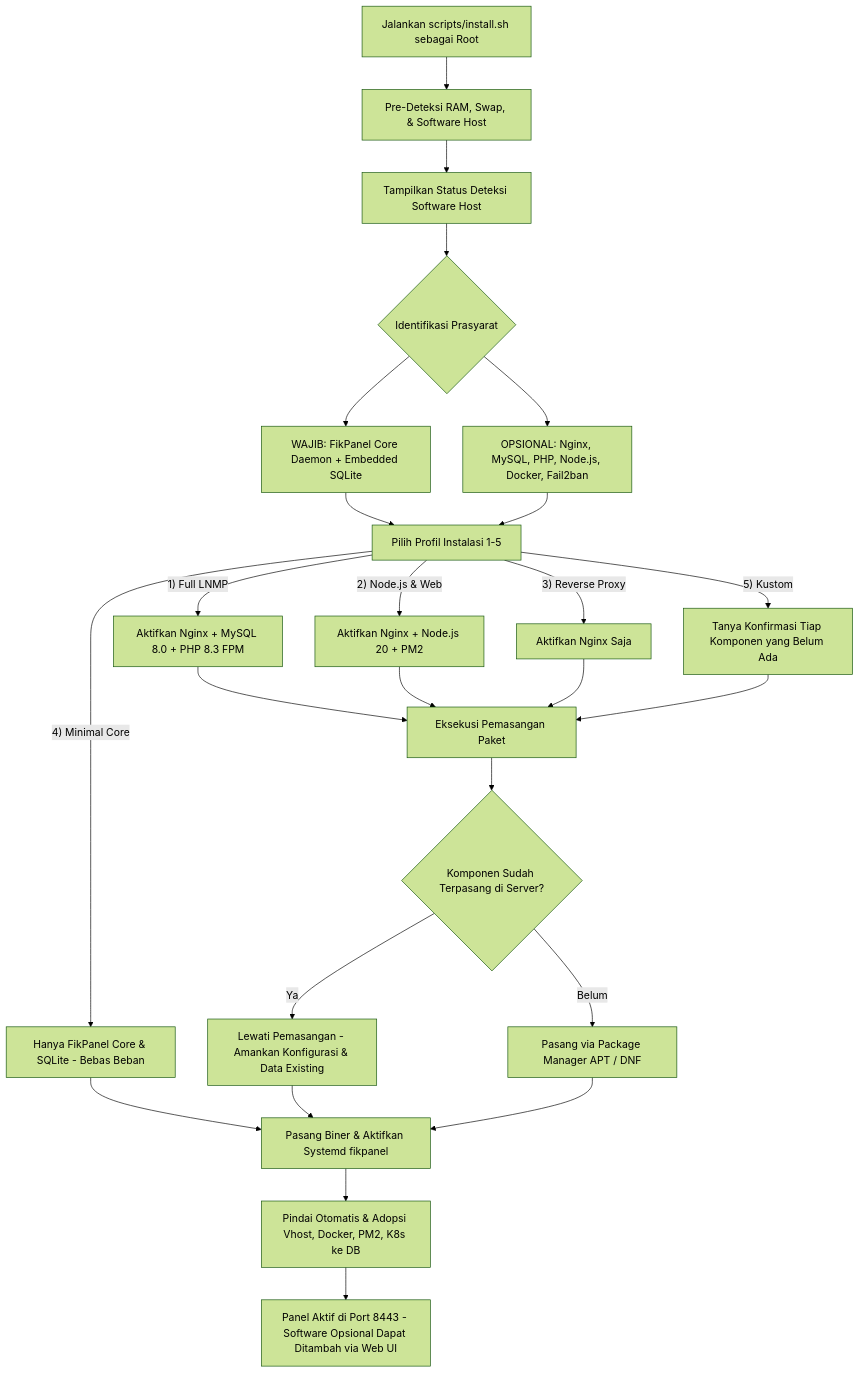
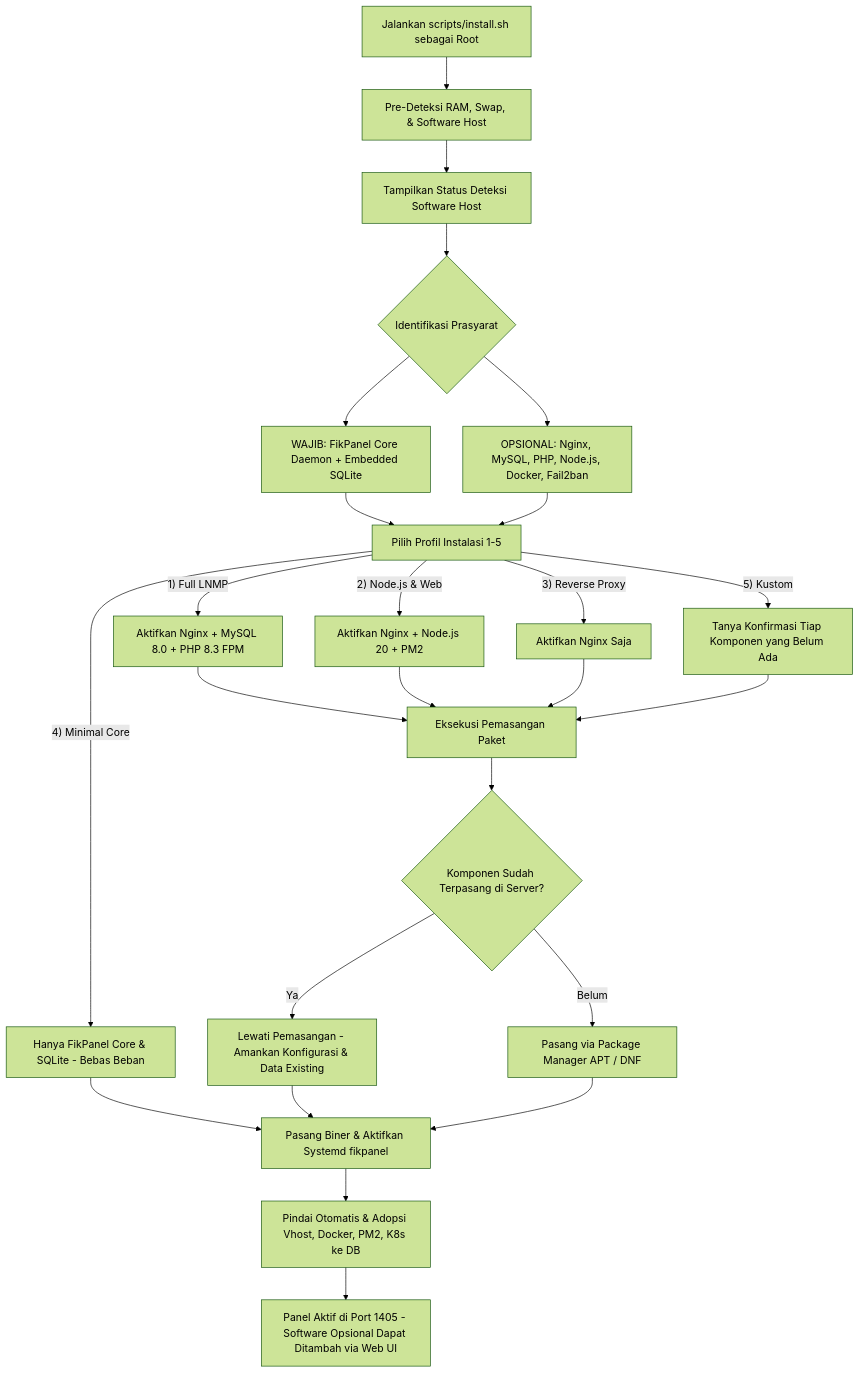
Before and after one commit to FikFikk/fikpanel: the seventh of 7 diagrams in documentation.md, drawn with Mermaid (forest theme). The commit also changed 7 other files, not shown here.

Commit message:
feat(config): change default panel port to 1405 and display private IP access

````diff
--- a/documentation.md
+++ b/documentation.md
@@ -181,33 +181,33 @@
 ```mermaid
 flowchart TD
     RunInstall[Jalankan scripts/install.sh sebagai Root] --> PreCheck[Pre-Deteksi RAM, Swap, & Software Host]
     PreCheck --> StatusBanner[Tampilkan Status Deteksi Software Host]
     
     StatusBanner --> PisahkanKomponen{Identifikasi Prasyarat}
     PisahkanKomponen --> CoreWajib[WAJIB: FikPanel Core Daemon + Embedded SQLite]
     PisahkanKomponen --> OpsiStack[OPSIONAL: Nginx, MySQL, PHP, Node.js, Docker, Fail2ban]
     
     CoreWajib --> PilihProfil[Pilih Profil Instalasi 1-5]
     OpsiStack --> PilihProfil
     
     PilihProfil -- 1) Full LNMP --> SetLNMP[Aktifkan Nginx + MySQL 8.0 + PHP 8.3 FPM]
     PilihProfil -- 2) Node.js & Web --> SetNode[Aktifkan Nginx + Node.js 20 + PM2]
     PilihProfil -- 3) Reverse Proxy --> SetProxy[Aktifkan Nginx Saja]
     PilihProfil -- 4) Minimal Core --> SetMinimal[Hanya FikPanel Core & SQLite - Bebas Beban]
     PilihProfil -- 5) Kustom --> TanyaManual[Tanya Konfirmasi Tiap Komponen yang Belum Ada]
     
     SetLNMP --> EksekusiInstall[Eksekusi Pemasangan Paket]
     SetNode --> EksekusiInstall
     SetProxy --> EksekusiInstall
     SetMinimal --> PasangDaemon[Pasang Biner & Aktifkan Systemd fikpanel]
     TanyaManual --> EksekusiInstall
     
     EksekusiInstall --> CekExisting{Komponen Sudah Terpasang di Server?}
     CekExisting -- Ya --> SmartSkip[Lewati Pemasangan - Amankan Konfigurasi & Data Existing]
     CekExisting -- Belum --> InstallPkg[Pasang via Package Manager APT / DNF]
     SmartSkip --> PasangDaemon
     InstallPkg --> PasangDaemon
     
     PasangDaemon --> AutoDiscover[Pindai Otomatis & Adopsi Vhost, Docker, PM2, K8s ke DB]
-    AutoDiscover --> SiapAkses[Panel Aktif di Port 8443 - Software Opsional Dapat Ditambah via Web UI]
+    AutoDiscover --> SiapAkses[Panel Aktif di Port 1405 - Software Opsional Dapat Ditambah via Web UI]
 ```
````
